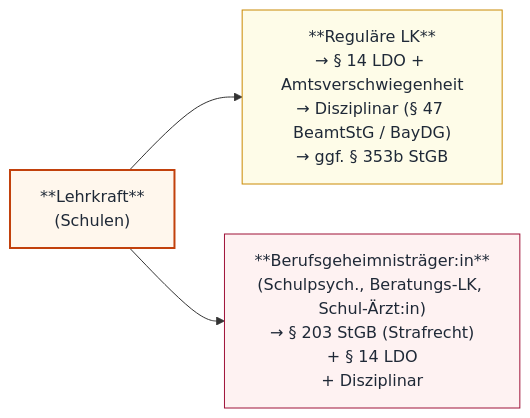
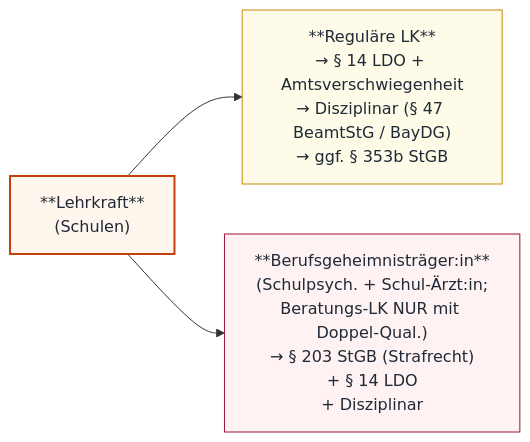
The fourth of 5 diagrams in _mkdocs/docs/mp09/index.md (snflsknfkldnfs/weitergehts-online), drawn with Mermaid before and after one commit. The commit also changed other lines of this file and 7 other files, not shown here.

````diff
--- a/_mkdocs/docs/mp09/index.md
+++ b/_mkdocs/docs/mp09/index.md
@@ -188,13 +183,13 @@
 ```mermaid
 flowchart LR
     LK["**Lehrkraft**<br/>(Schulen)"]:::lk
     REG["**Reguläre LK**<br/>→ § 14 LDO + Amtsverschwiegenheit<br/>→ Disziplinar (§ 47 BeamtStG / BayDG)<br/>→ ggf. § 353b StGB"]:::reg
-    BG["**Berufsgeheimnisträger:in**<br/>(Schulpsych., Beratungs-LK, Schul-Ärzt:in)<br/>→ § 203 StGB (Strafrecht)<br/>+ § 14 LDO<br/>+ Disziplinar"]:::bg
+    BG["**Berufsgeheimnisträger:in**<br/>(Schulpsych. + Schul-Ärzt:in;<br/>Beratungs-LK NUR mit Doppel-Qual.)<br/>→ § 203 StGB (Strafrecht)<br/>+ § 14 LDO<br/>+ Disziplinar"]:::bg
 
     LK --> REG
     LK --> BG
 
     classDef lk fill:#fff7ed,stroke:#c2410c,stroke-width:2px,color:#1f2937
     classDef reg fill:#fefce8,stroke:#ca8a04,color:#1f2937
     classDef bg fill:#fef2f2,stroke:#9f1239,color:#1f2937
 ```
````
